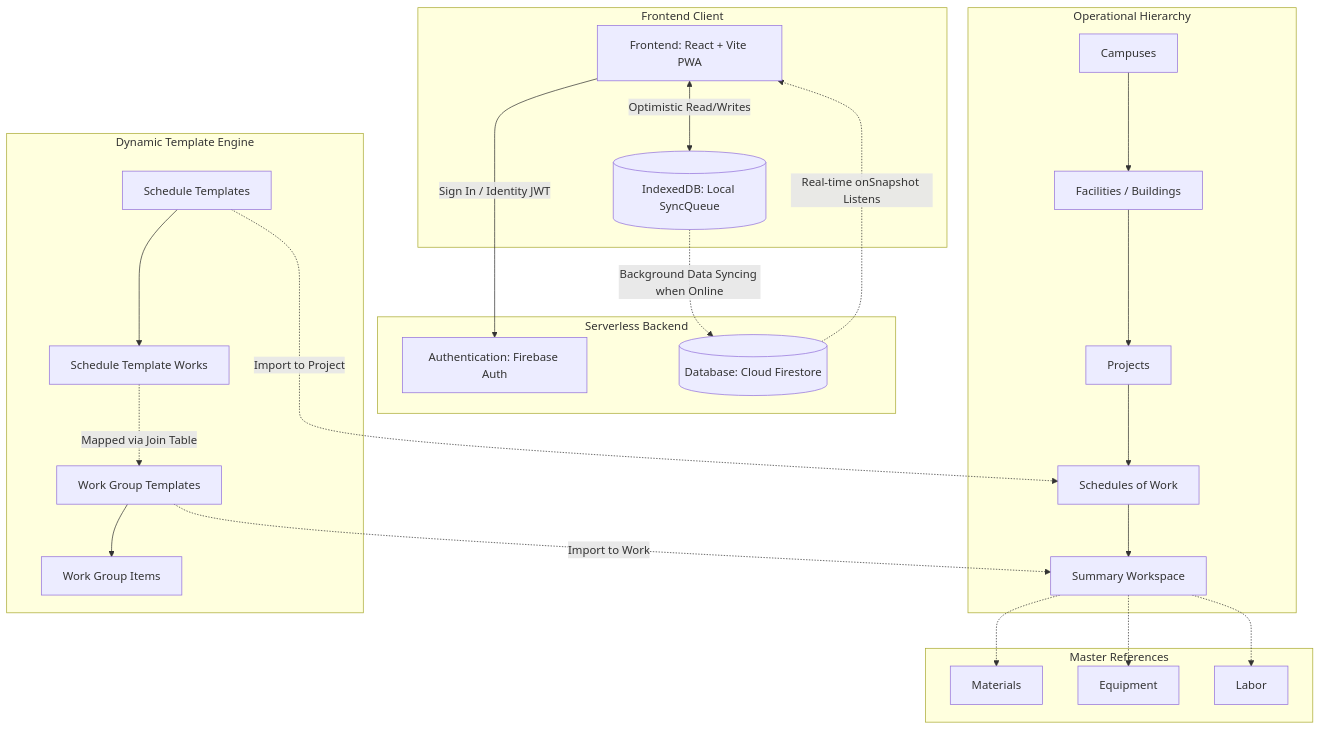
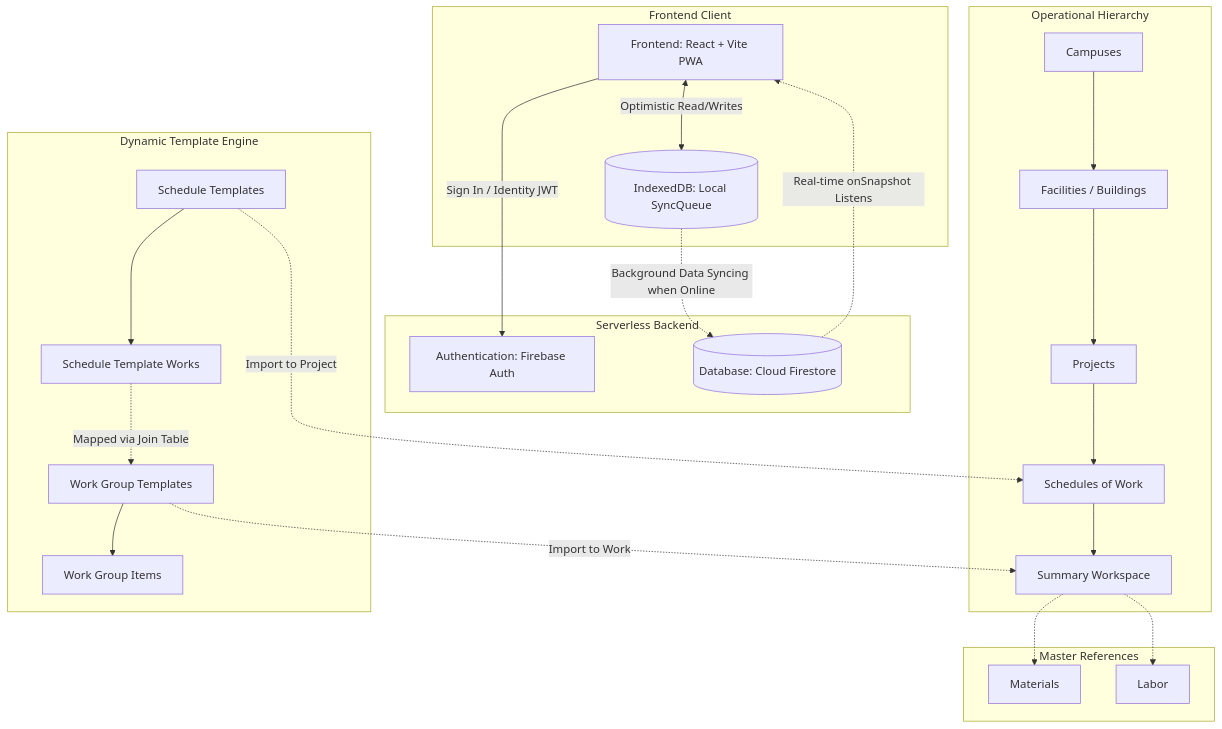
Before and after one commit to knsmnth/PPCMS-WEB: the first of 3 diagrams in README.md, drawn with Mermaid. The commit also changed other lines of this file and 15 other files, not shown here.

````diff
--- a/README.md
+++ b/README.md
@@ -16,43 +32,41 @@
 ```mermaid
 graph TD
     subgraph Frontend Client
     UI[Frontend: React + Vite PWA]
     IDB[(IndexedDB: Local SyncQueue)]
     end
     
     subgraph Serverless Backend
     Auth[Authentication: Firebase Auth]
     DB[(Database: Cloud Firestore)]
     end
 
     UI <--> |Optimistic Read/Writes| IDB
     UI --> |Sign In / Identity JWT| Auth
     IDB -.-> |Background Data Syncing when Online| DB
     DB -.-> |Real-time onSnapshot Listens| UI
     
     subgraph Operational Hierarchy
     C[Campuses] --> F[Facilities / Buildings]
     F --> P[Projects]
     P --> S[Schedules of Work]
     S --> W[Summary Workspace]
     end
 
     subgraph Dynamic Template Engine
     ST[Schedule Templates] --> SWT[Schedule Template Works]
     WGT[Work Group Templates] --> WGTI[Work Group Items]
     SWT -.-> |Mapped via Join Table| WGT
     end
 
     ST -.-> |Import to Project| S
     WGT -.-> |Import to Work| W
     
     subgraph Master References
     M[Materials]
-    E[Equipment]
     L[Labor]
     end
     
     W -.-> M
-    W -.-> E
     W -.-> L
 ```
````
